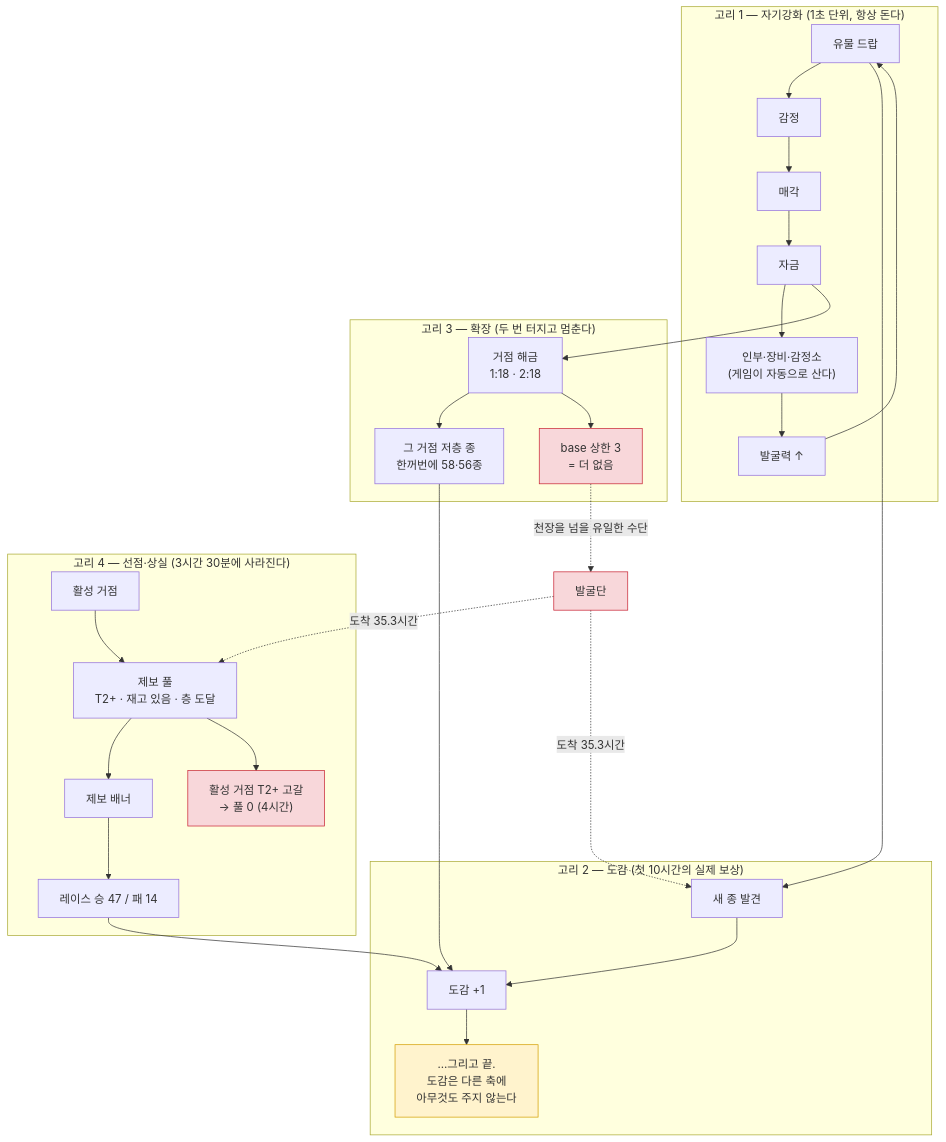
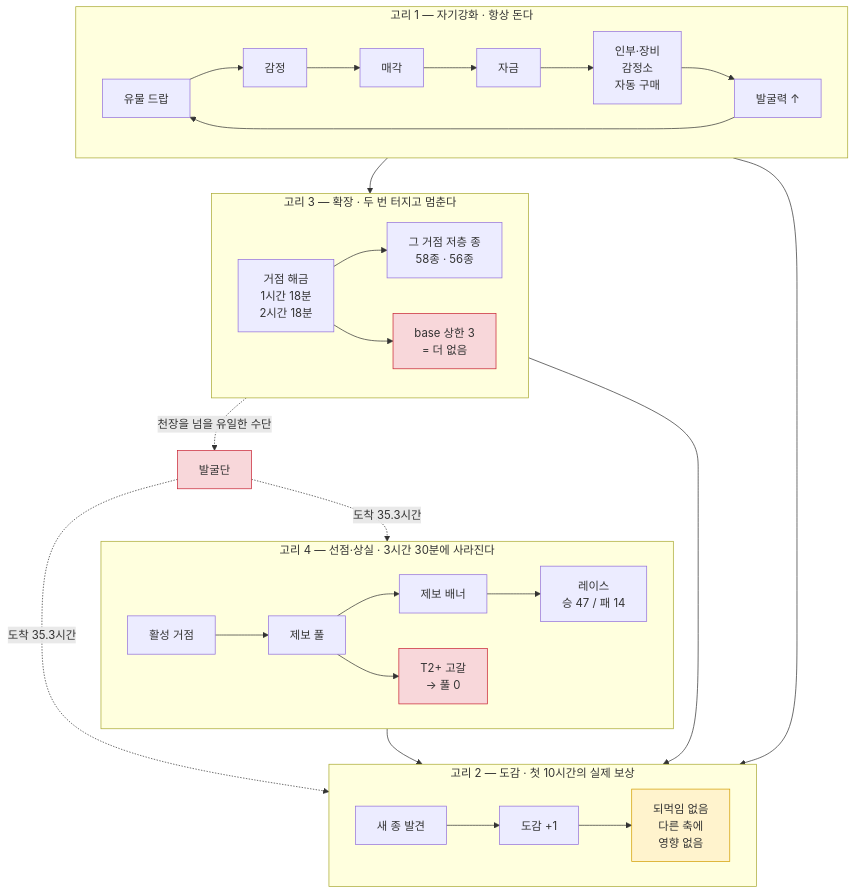
The second of 6 diagrams in projects/relic-king/notes/play-first-10h.md (buildon99x/proto), drawn with Mermaid before and after one commit. The commit also changed other lines of this file, not shown here.

First line of the commit message:
docs(relic-king): 첫 10시간 다이어그램 6장 렌더 검증 후 가독성 수정

````diff
--- a/projects/relic-king/notes/play-first-10h.md
+++ b/projects/relic-king/notes/play-first-10h.md
@@ -212,32 +213,38 @@
 ```mermaid
 flowchart TB
-    subgraph A["고리 1 — 자기강화 (1초 단위, 항상 돈다)"]
+    subgraph A["고리 1 — 자기강화 · 항상 돈다"]
+        direction LR
         drop["유물 드랍"] --> appr["감정"] --> sell["매각"] --> funds["자금"]
-        funds --> invest["인부·장비·감정소<br/>(게임이 자동으로 산다)"] --> dig["발굴력 ↑"] --> drop
+        funds --> invest["인부·장비<br/>감정소<br/>자동 구매"] --> dig["발굴력 ↑"] --> drop
     end
 
-    subgraph B["고리 2 — 도감 (첫 10시간의 실제 보상)"]
-        drop --> newsp["새 종 발견"] --> codex["도감 +1"]
-        codex --> nothing["…그리고 끝.<br/>도감은 다른 축에<br/>아무것도 주지 않는다"]
-    end
-
-    subgraph C["고리 3 — 확장 (두 번 터지고 멈춘다)"]
-        funds --> base["거점 해금<br/>1:18 · 2:18"] --> flood["그 거점 저층 종<br/>한꺼번에 58·56종"] --> codex
+    subgraph C["고리 3 — 확장 · 두 번 터지고 멈춘다"]
+        direction LR
+        base["거점 해금<br/>1시간 18분<br/>2시간 18분"] --> flood["그 거점 저층 종<br/>58종 · 56종"]
         base --> cap["base 상한 3<br/>= 더 없음"]
     end
 
-    subgraph D["고리 4 — 선점·상실 (3시간 30분에 사라진다)"]
-        site["활성 거점"] --> pool["제보 풀<br/>T2+ · 재고 있음 · 층 도달"] --> tip["제보 배너"]
-        tip --> race["레이스 승 47 / 패 14"] --> codex
-        pool --> empty["활성 거점 T2+ 고갈<br/>→ 풀 0 (4시간)"]
+    subgraph D["고리 4 — 선점·상실 · 3시간 30분에 사라진다"]
+        direction LR
+        site["활성 거점"] --> pool["제보 풀"] --> tip["제보 배너"] --> race["레이스<br/>승 47 / 패 14"]
+        pool --> empty["T2+ 고갈<br/>→ 풀 0"]
     end
 
+    subgraph B["고리 2 — 도감 · 첫 10시간의 실제 보상"]
+        direction LR
+        newsp["새 종 발견"] --> codex["도감 +1"] --> nofb["되먹임 없음<br/>다른 축에<br/>영향 없음"]
+    end
+
+    drop --> newsp
+    funds --> base
+    flood --> codex
+    race --> codex
     team["발굴단"] -.->|"도착 35.3시간"| pool
     team -.->|"도착 35.3시간"| newsp
     cap -.->|"천장을 넘을 유일한 수단"| team
 
-    style nothing fill:#fff3cd,stroke:#d39e00
+    style nofb fill:#fff3cd,stroke:#d39e00
     style cap fill:#f8d7da,stroke:#c82333
     style empty fill:#f8d7da,stroke:#c82333
     style team fill:#f8d7da,stroke:#c82333
 ```
````
